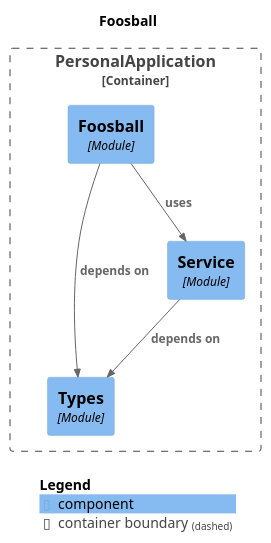
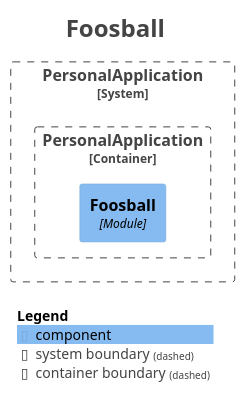
Before and after one commit to SnapPetal/PersonalWeb: the diagram in docs/modulith/module-foosball.puml, drawn with PlantUML. The commit also changed 27 other files, not shown here.

```diff
--- a/docs/modulith/module-foosball.puml
+++ b/docs/modulith/module-foosball.puml
@@ -1,22 +1,27 @@
 @startuml
+title <size:24>Foosball</size>
+
 set separator none
-title Foosball
+top to bottom direction
 
-top to bottom direction
+<style>
+  root {
+    BackgroundColor: #ffffff
+    FontColor: #444444
+  }
+</style>
 
 !include <C4/C4>
 !include <C4/C4_Context>
 !include <C4/C4_Component>
 
-Container_Boundary("PersonalApplication.PersonalApplication_boundary", "PersonalApplication", $tags="") {
-  Component(PersonalApplication.PersonalApplication.Types, "Types", $techn="Module", $descr="", $tags="", $link="")
-  Component(PersonalApplication.PersonalApplication.Service, "Service", $techn="Module", $descr="", $tags="", $link="")
-  Component(PersonalApplication.PersonalApplication.Foosball, "Foosball", $techn="Module", $descr="", $tags="", $link="")
+System_Boundary("PersonalApplication_boundary", "PersonalApplication", $tags="") {
+  Container_Boundary("PersonalApplication.PersonalApplication_boundary", "PersonalApplication", $tags="") {
+    Component(PersonalApplication.PersonalApplication.Foosball, "Foosball", $techn="Module", $descr="", $tags="", $link="")
+  }
+
 }
 
-Rel(PersonalApplication.PersonalApplication.Foosball, PersonalApplication.PersonalApplication.Types, "depends on", $techn="", $tags="", $link="")
-Rel(PersonalApplication.PersonalApplication.Foosball, PersonalApplication.PersonalApplication.Service, "uses", $techn="", $tags="", $link="")
-Rel(PersonalApplication.PersonalApplication.Service, PersonalApplication.PersonalApplication.Types, "depends on", $techn="", $tags="", $link="")
-
 SHOW_LEGEND(true)
+hide stereotypes
 @enduml
```
